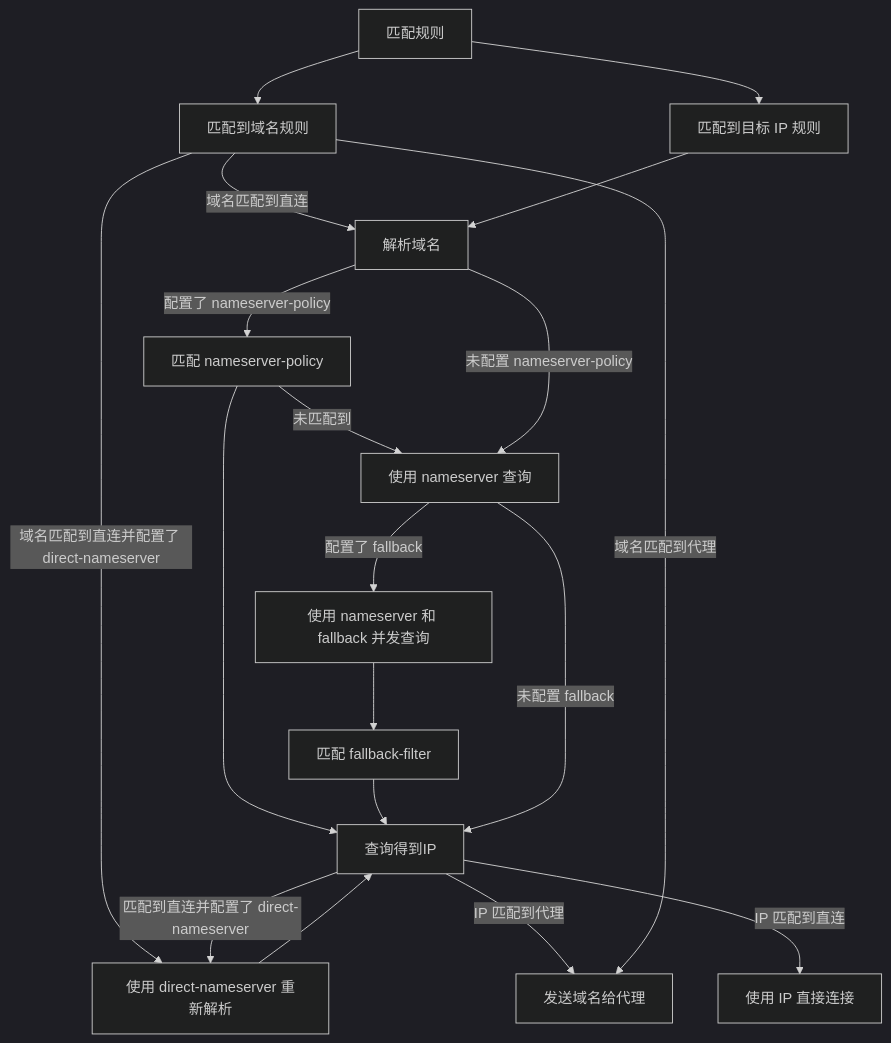
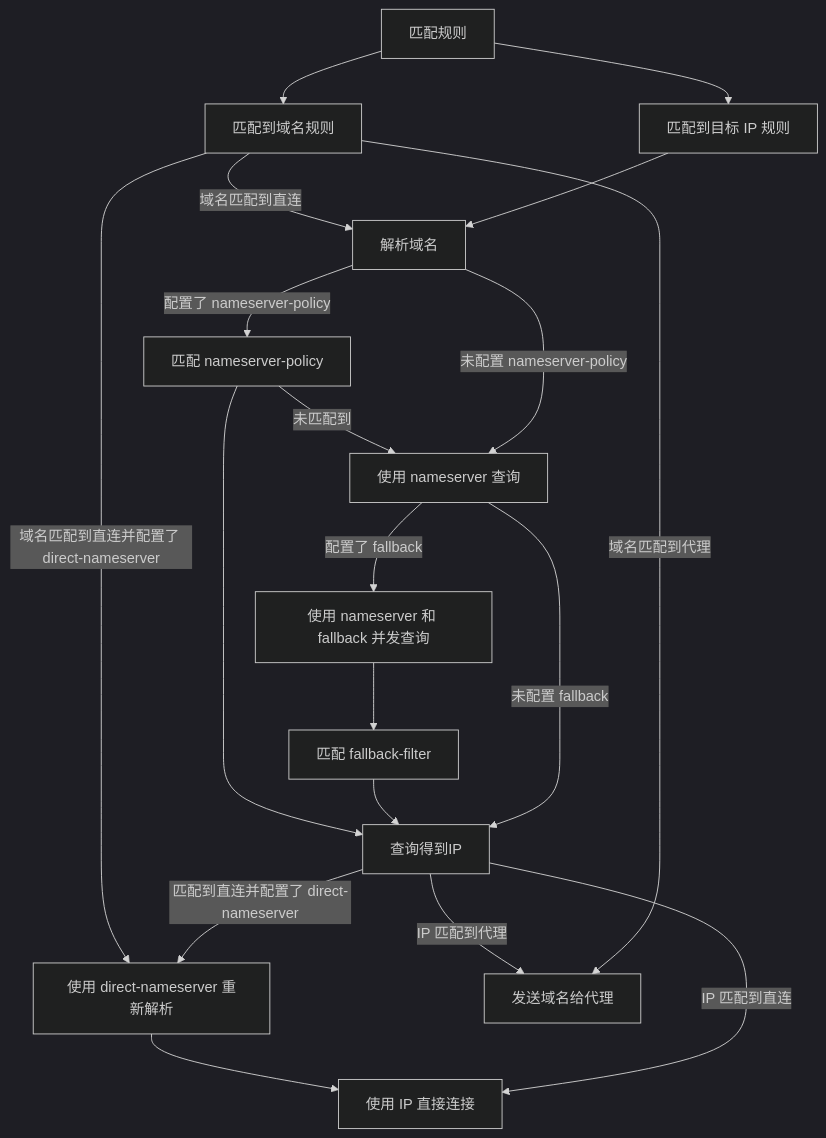
One commit to MetaCubeX/Meta-Docs changed the diagram in docs/config/dns/diagram.md. Above: the diagram before and after it, drawn with Mermaid (dark theme). The commit also changed other lines of this file, not shown here.

Commit message:
更新 DNS 流程图，添加 direct-nameserver 重新解析的警告说明

````diff
--- a/docs/config/dns/diagram.md
+++ b/docs/config/dns/diagram.md
@@ -40,44 +43,44 @@
 ```mermaid
 flowchart TD
   Rule[匹配规则]
   Domain[匹配到域名规则]
   IP[匹配到目标 IP 规则]
   Resolve[解析域名]
 
   NameServer[使用 nameserver 查询]
   Policy[匹配 nameserver-policy]
   Concurrent[使用 nameserver 和 fallback 并发查询]
   Filter[匹配 fallback-filter]
   DirectNS[使用 direct-nameserver 重新解析]
 
   GetIP[查询得到IP]
 
   Proxy[发送域名给代理]
   Direct[使用 IP 直接连接]
 
   Rule -->  Domain
   Rule --> IP
 
   Domain -- 域名匹配到直连 --> Resolve
   Domain -- 域名匹配到直连并配置了 direct-nameserver --> DirectNS
 
   IP --> Resolve
 
   Resolve -- 配置了 nameserver-policy --> Policy
   Policy -- 未匹配到 --> NameServer
   Policy --> GetIP
   Resolve -- 未配置 nameserver-policy --> NameServer
 
   NameServer -- 配置了 fallback --> Concurrent
   Concurrent --> Filter
   Filter --> GetIP
   NameServer -- 未配置 fallback --> GetIP
 
   GetIP -- 匹配到直连并配置了 direct-nameserver --> DirectNS
-  DirectNS --> GetIP
+  DirectNS --> Direct
 
   GetIP -- IP 匹配到代理 --> Proxy[发送域名给代理]
   Domain -- 域名匹配到代理 --> Proxy
 
   GetIP -- IP 匹配到直连 --> Direct
 ```
````
